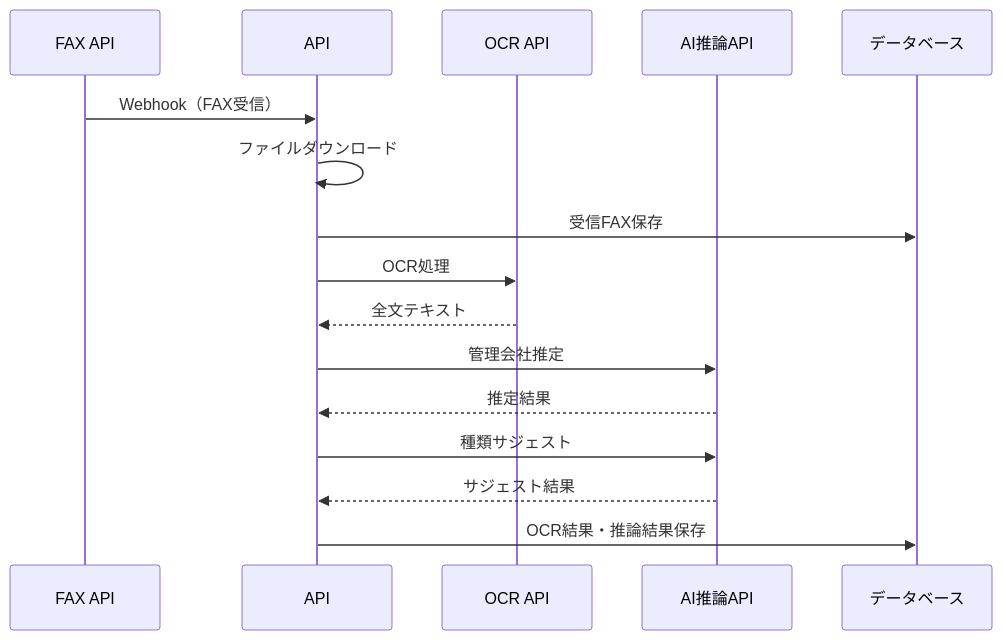
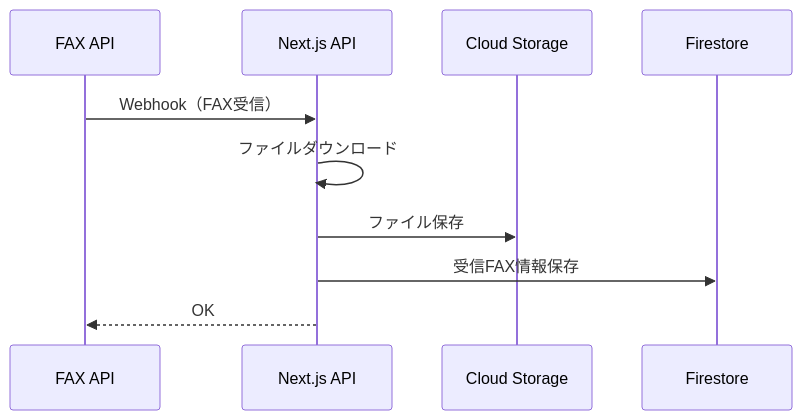
Before and after one commit to informationdentee-spec/dentee-eeFax: the third of 3 diagrams in 不動産業界特化faxアプリmvp開発計画_e704833d.plan.md, drawn with Mermaid. The commit also changed other lines of this file and 1 other file, not shown here.

Commit message:
Revise implementation plans to use Firebase-based lightweight architecture

````diff
--- a/不動産業界特化faxアプリmvp開発計画_e704833d.plan.md
+++ b/不動産業界特化faxアプリmvp開発計画_e704833d.plan.md
@@ -591,19 +472,13 @@
 ```mermaid
 sequenceDiagram
     participant FaxAPI as FAX API
-    participant API as API
-    participant OCR as OCR API
-    participant AI as AI推論API
-    participant DB as データベース
+    participant API as Next.js API
+    participant Storage as Cloud Storage
+    participant Firestore as Firestore
     
     FaxAPI->>API: Webhook（FAX受信）
     API->>API: ファイルダウンロード
-    API->>DB: 受信FAX保存
-    API->>OCR: OCR処理
-    OCR-->>API: 全文テキスト
-    API->>AI: 管理会社推定
-    AI-->>API: 推定結果
-    API->>AI: 種類サジェスト
-    AI-->>API: サジェスト結果
-    API->>DB: OCR結果・推論結果保存
+    API->>Storage: ファイル保存
+    API->>Firestore: 受信FAX情報保存
+    API-->>FaxAPI: OK
 ```
````
